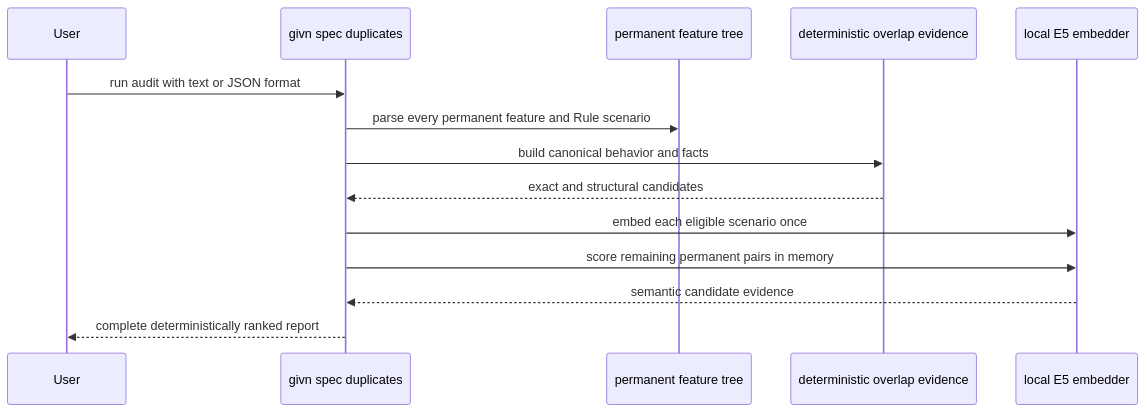
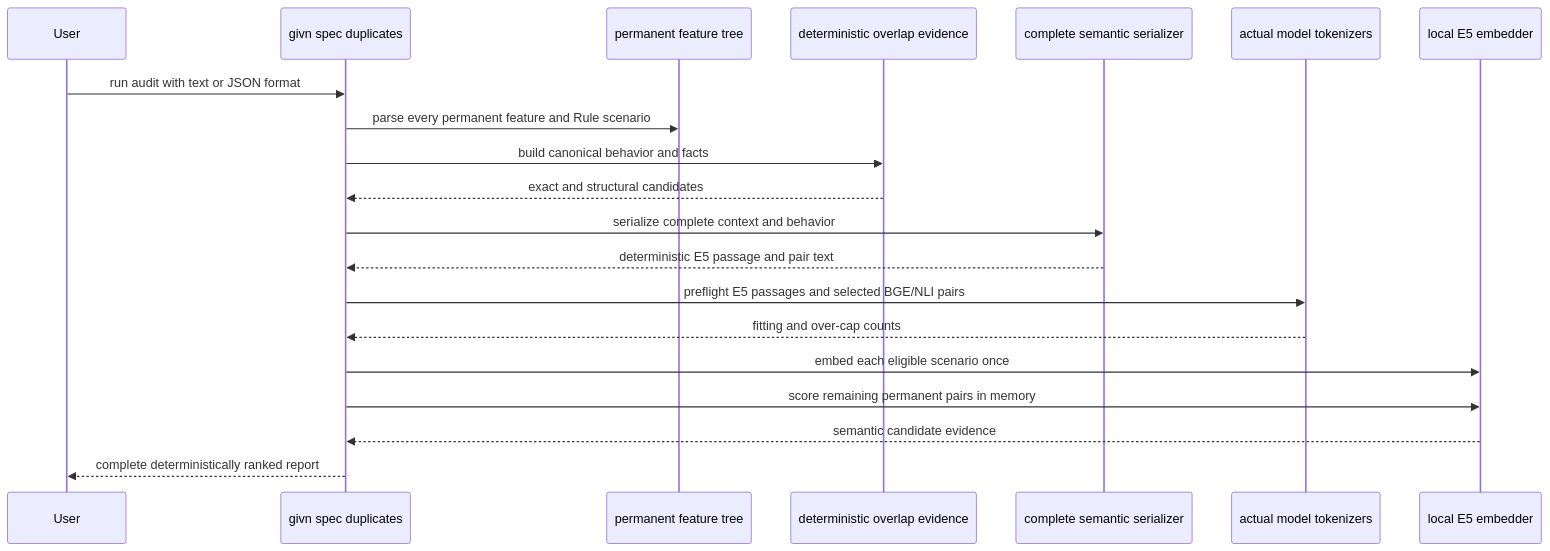
One commit to buster/givn changed the fifth of 8 diagrams in docs/arc42/06-runtime-view.md. Above: the diagram before and after it, drawn with Mermaid. The commit also changed other lines of this file and 30 other files, not shown here.

Commit message:
feat(semantic): archive token-cap review evidence

````diff
--- a/docs/arc42/06-runtime-view.md
+++ b/docs/arc42/06-runtime-view.md
@@ -425,17 +458,23 @@
 ```mermaid
 sequenceDiagram
     participant User
     participant CLI as givn spec duplicates
     participant Specs as permanent feature tree
     participant Fingerprint as deterministic overlap evidence
+    participant Serializer as complete semantic serializer
+    participant Guard as actual model tokenizers
     participant Embedder as local E5 embedder
 
     User->>CLI: run audit with text or JSON format
     CLI->>Specs: parse every permanent feature and Rule scenario
     CLI->>Fingerprint: build canonical behavior and facts
     Fingerprint-->>CLI: exact and structural candidates
+    CLI->>Serializer: serialize complete context and behavior
+    Serializer-->>CLI: deterministic E5 passage and pair text
+    CLI->>Guard: preflight E5 passages and selected BGE/NLI pairs
+    Guard-->>CLI: fitting and over-cap counts
     CLI->>Embedder: embed each eligible scenario once
     CLI->>Embedder: score remaining permanent pairs in memory
     Embedder-->>CLI: semantic candidate evidence
     CLI-->>User: complete deterministically ranked report
 ```
````
